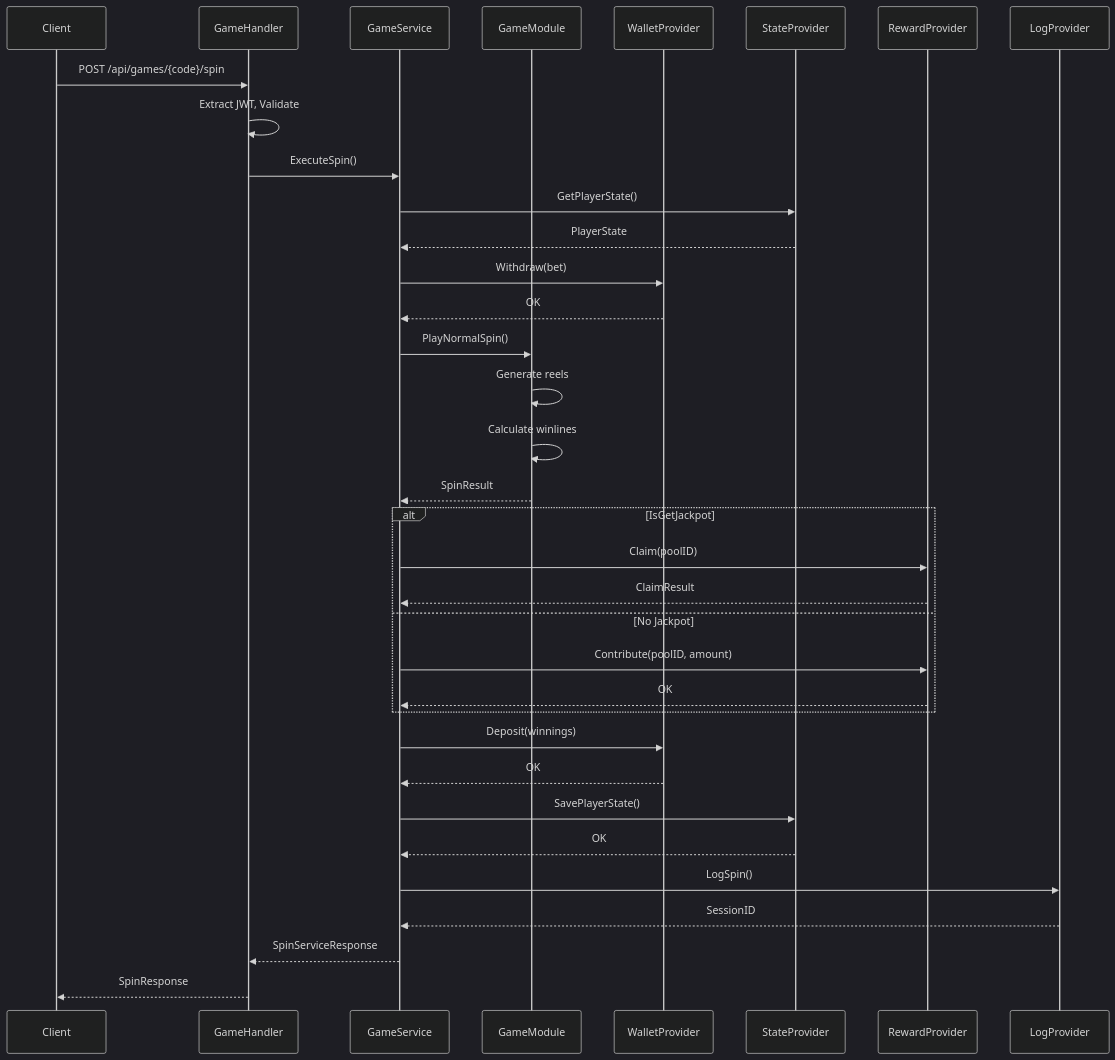
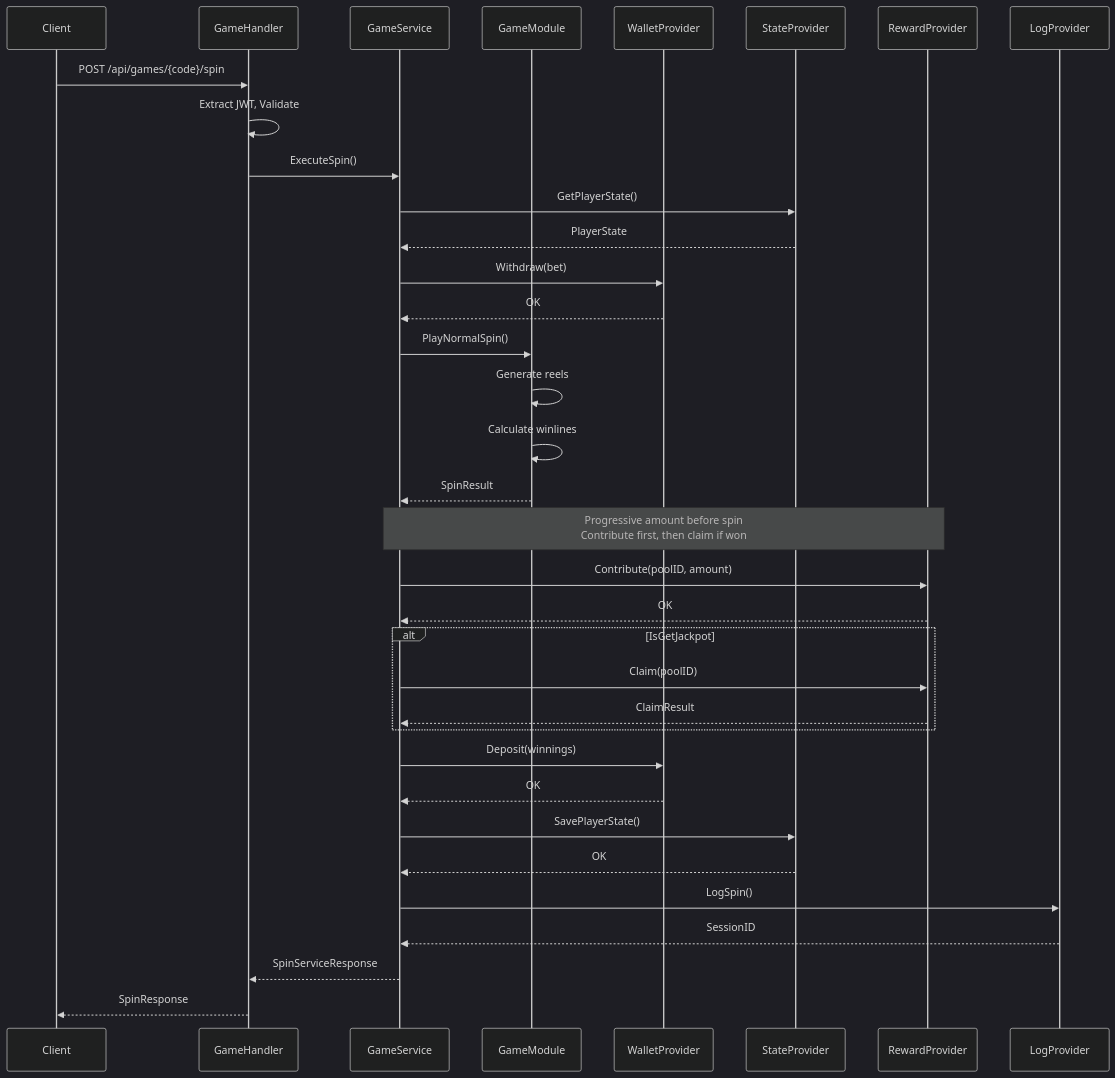
The second of 14 diagrams in DIAGRAMS.md (Digital-Creators-Team/slot-game-module), drawn with Mermaid (dark theme) before and after one commit. The commit also changed other lines of this file and 1 other file, not shown here.

Commit message:
update diagram - update document [skip ci] [ci skip] [skip pipeline]

````diff
--- a/DIAGRAMS.md
+++ b/DIAGRAMS.md
@@ -35,46 +35,47 @@
 ```mermaid
 sequenceDiagram
     participant C as Client
     participant GH as GameHandler
     participant GS as GameService
     participant GM as GameModule
     participant WP as WalletProvider
     participant SP as StateProvider
     participant RP as RewardProvider
     participant LP as LogProvider
     
     C->>GH: POST /api/games/{code}/spin
     GH->>GH: Extract JWT, Validate
     GH->>GS: ExecuteSpin()
     
     GS->>SP: GetPlayerState()
     SP-->>GS: PlayerState
     
     GS->>WP: Withdraw(bet)
     WP-->>GS: OK
     
     GS->>GM: PlayNormalSpin()
     GM->>GM: Generate reels
     GM->>GM: Calculate winlines
     GM-->>GS: SpinResult
     
+    Note over GS,RP: Progressive amount before spin<br/>Contribute first, then claim if won
+    GS->>RP: Contribute(poolID, amount)
+    RP-->>GS: OK
+    
     alt IsGetJackpot
         GS->>RP: Claim(poolID)
         RP-->>GS: ClaimResult
-    else No Jackpot
-        GS->>RP: Contribute(poolID, amount)
-        RP-->>GS: OK
     end
     
     GS->>WP: Deposit(winnings)
     WP-->>GS: OK
     
     GS->>SP: SavePlayerState()
     SP-->>GS: OK
     
     GS->>LP: LogSpin()
     LP-->>GS: SessionID
     
     GS-->>GH: SpinServiceResponse
     GH-->>C: SpinResponse
 ```
````
